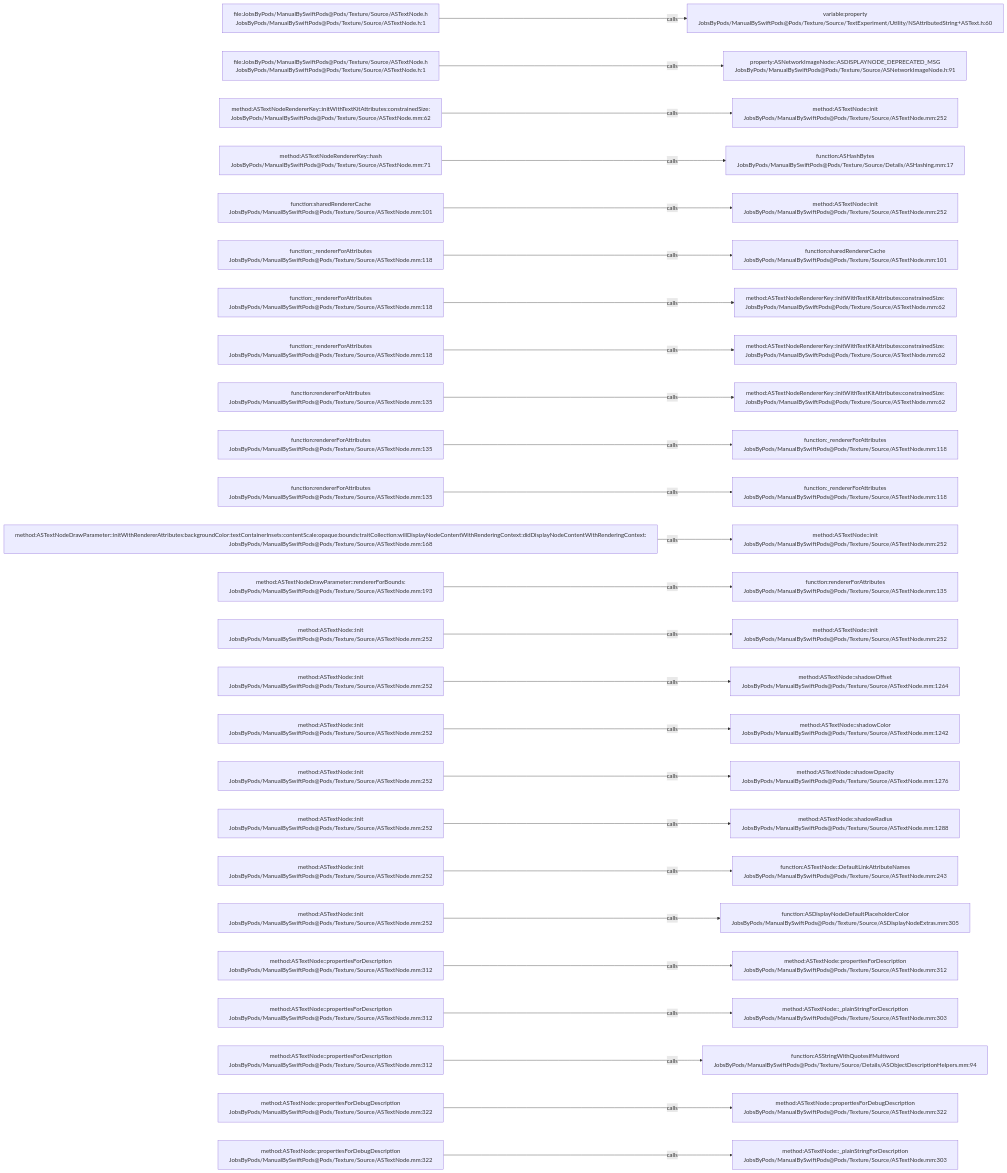
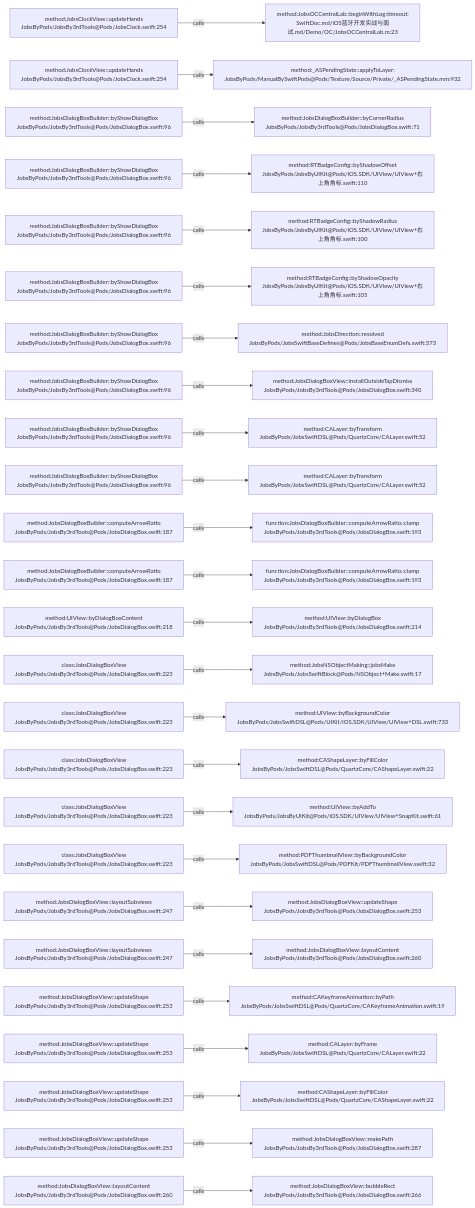
The diagram in .codegraph/codegraph.md/graphs/calls-065.md (JobsKits/JobsSwiftBaseConfigDemo), drawn with Mermaid before and after one commit. The commit also changed 224 other files, not shown here.

````diff
--- a/.codegraph/codegraph.md/graphs/calls-065.md
+++ b/.codegraph/codegraph.md/graphs/calls-065.md
@@ -13,78 +13,78 @@
 ```mermaid
 flowchart LR
-  S1["file:JobsByPods/ManualBySwiftPods@Pods/Texture/Source/ASTextNode.h<br/>JobsByPods/ManualBySwiftPods@Pods/Texture/Source/ASTextNode.h:1"]
-  T1["variable:property<br/>JobsByPods/ManualBySwiftPods@Pods/Texture/Source/TextExperiment/Utility/NSAttributedString+ASText.h:60"]
+  S1["method:JobsClockView::updateHands<br/>JobsByPods/JobsBy3rdTools@Pods/JobsClock.swift:254"]
+  T1["method:JobsOCCentralLab::beginWithLog:timeout:<br/>SwiftDoc.md/iOS蓝牙开发实战与面试.md/Demo/OC/JobsOCCentralLab.m:23"]
   S1 -->|calls| T1
-  S2["file:JobsByPods/ManualBySwiftPods@Pods/Texture/Source/ASTextNode.h<br/>JobsByPods/ManualBySwiftPods@Pods/Texture/Source/ASTextNode.h:1"]
-  T2["property:ASNetworkImageNode::ASDISPLAYNODE_DEPRECATED_MSG<br/>JobsByPods/ManualBySwiftPods@Pods/Texture/Source/ASNetworkImageNode.h:91"]
+  S2["method:JobsClockView::updateHands<br/>JobsByPods/JobsBy3rdTools@Pods/JobsClock.swift:254"]
+  T2["method:_ASPendingState::applyToLayer:<br/>JobsByPods/ManualBySwiftPods@Pods/Texture/Source/Private/_ASPendingState.mm:932"]
   S2 -->|calls| T2
-  S3["method:ASTextNodeRendererKey::initWithTextKitAttributes:constrainedSize:<br/>JobsByPods/ManualBySwiftPods@Pods/Texture/Source/ASTextNode.mm:62"]
-  T3["method:ASTextNode::init<br/>JobsByPods/ManualBySwiftPods@Pods/Texture/Source/ASTextNode.mm:252"]
+  S3["method:JobsDialogBoxBuilder::byShowDialogBox<br/>JobsByPods/JobsBy3rdTools@Pods/JobsDialogBox.swift:96"]
+  T3["method:JobsDialogBoxBuilder::byCornerRadius<br/>JobsByPods/JobsBy3rdTools@Pods/JobsDialogBox.swift:71"]
   S3 -->|calls| T3
-  S4["method:ASTextNodeRendererKey::hash<br/>JobsByPods/ManualBySwiftPods@Pods/Texture/Source/ASTextNode.mm:71"]
-  T4["function:ASHashBytes<br/>JobsByPods/ManualBySwiftPods@Pods/Texture/Source/Details/ASHashing.mm:17"]
+  S4["method:JobsDialogBoxBuilder::byShowDialogBox<br/>JobsByPods/JobsBy3rdTools@Pods/JobsDialogBox.swift:96"]
+  T4["method:RTBadgeConfig::byShadowOffset<br/>JobsByPods/JobsByUIKit@Pods/iOS.SDK/UIView/UIView+右上角角标.swift:110"]
   S4 -->|calls| T4
-  S5["function:sharedRendererCache<br/>JobsByPods/ManualBySwiftPods@Pods/Texture/Source/ASTextNode.mm:101"]
-  T5["method:ASTextNode::init<br/>JobsByPods/ManualBySwiftPods@Pods/Texture/Source/ASTextNode.mm:252"]
+  S5["method:JobsDialogBoxBuilder::byShowDialogBox<br/>JobsByPods/JobsBy3rdTools@Pods/JobsDialogBox.swift:96"]
+  T5["method:RTBadgeConfig::byShadowRadius<br/>JobsByPods/JobsByUIKit@Pods/iOS.SDK/UIView/UIView+右上角角标.swift:100"]
   S5 -->|calls| T5
-  S6["function:_rendererForAttributes<br/>JobsByPods/ManualBySwiftPods@Pods/Texture/Source/ASTextNode.mm:118"]
-  T6["function:sharedRendererCache<br/>JobsByPods/ManualBySwiftPods@Pods/Texture/Source/ASTextNode.mm:101"]
+  S6["method:JobsDialogBoxBuilder::byShowDialogBox<br/>JobsByPods/JobsBy3rdTools@Pods/JobsDialogBox.swift:96"]
+  T6["method:RTBadgeConfig::byShadowOpacity<br/>JobsByPods/JobsByUIKit@Pods/iOS.SDK/UIView/UIView+右上角角标.swift:105"]
   S6 -->|calls| T6
-  S7["function:_rendererForAttributes<br/>JobsByPods/ManualBySwiftPods@Pods/Texture/Source/ASTextNode.mm:118"]
-  T7["method:ASTextNodeRendererKey::initWithTextKitAttributes:constrainedSize:<br/>JobsByPods/ManualBySwiftPods@Pods/Texture/Source/ASTextNode.mm:62"]
+  S7["method:JobsDialogBoxBuilder::byShowDialogBox<br/>JobsByPods/JobsBy3rdTools@Pods/JobsDialogBox.swift:96"]
+  T7["method:JobsDirection::resolved<br/>JobsByPods/JobsSwiftBaseDefines@Pods/JobsBaseEnumDefs.swift:373"]
   S7 -->|calls| T7
-  S8["function:_rendererForAttributes<br/>JobsByPods/ManualBySwiftPods@Pods/Texture/Source/ASTextNode.mm:118"]
-  T8["method:ASTextNodeRendererKey::initWithTextKitAttributes:constrainedSize:<br/>JobsByPods/ManualBySwiftPods@Pods/Texture/Source/ASTextNode.mm:62"]
+  S8["method:JobsDialogBoxBuilder::byShowDialogBox<br/>JobsByPods/JobsBy3rdTools@Pods/JobsDialogBox.swift:96"]
+  T8["method:JobsDialogBoxView::installOutsideTapDismiss<br/>JobsByPods/JobsBy3rdTools@Pods/JobsDialogBox.swift:340"]
   S8 -->|calls| T8
-  S9["function:rendererForAttributes<br/>JobsByPods/ManualBySwiftPods@Pods/Texture/Source/ASTextNode.mm:135"]
-  T9["method:ASTextNodeRendererKey::initWithTextKitAttributes:constrainedSize:<br/>JobsByPods/ManualBySwiftPods@Pods/Texture/Source/ASTextNode.mm:62"]
+  S9["method:JobsDialogBoxBuilder::byShowDialogBox<br/>JobsByPods/JobsBy3rdTools@Pods/JobsDialogBox.swift:96"]
+  T9["method:CALayer::byTransform<br/>JobsByPods/JobsSwiftDSL@Pods/QuartzCore/CALayer.swift:52"]
   S9 -->|calls| T9
-  S10["function:rendererForAttributes<br/>JobsByPods/ManualBySwiftPods@Pods/Texture/Source/ASTextNode.mm:135"]
-  T10["function:_rendererForAttributes<br/>JobsByPods/ManualBySwiftPods@Pods/Texture/Source/ASTextNode.mm:118"]
+  S10["method:JobsDialogBoxBuilder::byShowDialogBox<br/>JobsByPods/JobsBy3rdTools@Pods/JobsDialogBox.swift:96"]
+  T10["method:CALayer::byTransform<br/>JobsByPods/JobsSwiftDSL@Pods/QuartzCore/CALayer.swift:52"]
   S10 -->|calls| T10
-  S11["function:rendererForAttributes<br/>JobsByPods/ManualBySwiftPods@Pods/Texture/Source/ASTextNode.mm:135"]
-  T11["function:_rendererForAttributes<br/>JobsByPods/ManualBySwiftPods@Pods/Texture/Source/ASTextNode.mm:118"]
+  S11["method:JobsDialogBoxBuilder::computeArrowRatio<br/>JobsByPods/JobsBy3rdTools@Pods/JobsDialogBox.swift:187"]
+  T11["function:JobsDialogBoxBuilder::computeArrowRatio::clamp<br/>JobsByPods/JobsBy3rdTools@Pods/JobsDialogBox.swift:193"]
   S11 -->|calls| T11
-  S12["method:ASTextNodeDrawParameter::initWithRendererAttributes:backgroundColor:textContainerInsets:contentScale:opaque:bounds:traitCollection:willDisplayNodeContentWithRenderingContext:didDisplayNodeContentWithRenderingContext:<br/>JobsByPods/ManualBySwiftPods@Pods/Texture/Source/ASTextNode.mm:168"]
-  T12["method:ASTextNode::init<br/>JobsByPods/ManualBySwiftPods@Pods/Texture/Source/ASTextNode.mm:252"]
+  S12["method:JobsDialogBoxBuilder::computeArrowRatio<br/>JobsByPods/JobsBy3rdTools@Pods/JobsDialogBox.swift:187"]
+  T12["function:JobsDialogBoxBuilder::computeArrowRatio::clamp<br/>JobsByPods/JobsBy3rdTools@Pods/JobsDialogBox.swift:193"]
   S12 -->|calls| T12
-  S13["method:ASTextNodeDrawParameter::rendererForBounds:<br/>JobsByPods/ManualBySwiftPods@Pods/Texture/Source/ASTextNode.mm:193"]
-  T13["function:rendererForAttributes<br/>JobsByPods/ManualBySwiftPods@Pods/Texture/Source/ASTextNode.mm:135"]
+  S13["method:UIView::byDialogBoxContent<br/>JobsByPods/JobsBy3rdTools@Pods/JobsDialogBox.swift:218"]
+  T13["method:UIView::byDialogBox<br/>JobsByPods/JobsBy3rdTools@Pods/JobsDialogBox.swift:214"]
   S13 -->|calls| T13
-  S14["method:ASTextNode::init<br/>JobsByPods/ManualBySwiftPods@Pods/Texture/Source/ASTextNode.mm:252"]
-  T14["method:ASTextNode::init<br/>JobsByPods/ManualBySwiftPods@Pods/Texture/Source/ASTextNode.mm:252"]
+  S14["class:JobsDialogBoxView<br/>JobsByPods/JobsBy3rdTools@Pods/JobsDialogBox.swift:223"]
+  T14["method:JobsNSObjectMaking::jobsMake<br/>JobsByPods/JobsSwiftBlock@Pods/NSObject+Make.swift:17"]
   S14 -->|calls| T14
-  S15["method:ASTextNode::init<br/>JobsByPods/ManualBySwiftPods@Pods/Texture/Source/ASTextNode.mm:252"]
-  T15["method:ASTextNode::shadowOffset<br/>JobsByPods/ManualBySwiftPods@Pods/Texture/Source/ASTextNode.mm:1264"]
+  S15["class:JobsDialogBoxView<br/>JobsByPods/JobsBy3rdTools@Pods/JobsDialogBox.swift:223"]
+  T15["method:UIView::byBackgroundColor<br/>JobsByPods/JobsSwiftDSL@Pods/UIKit/iOS.SDK/UIView/UIView+DSL.swift:733"]
   S15 -->|calls| T15
-  S16["method:ASTextNode::init<br/>JobsByPods/ManualBySwiftPods@Pods/Texture/Source/ASTextNode.mm:252"]
-  T16["method:ASTextNode::shadowColor<br/>JobsByPods/ManualBySwiftPods@Pods/Texture/Source/ASTextNode.mm:1242"]
+  S16["class:JobsDialogBoxView<br/>JobsByPods/JobsBy3rdTools@Pods/JobsDialogBox.swift:223"]
+  T16["method:CAShapeLayer::byFillColor<br/>JobsByPods/JobsSwiftDSL@Pods/QuartzCore/CAShapeLayer.swift:22"]
   S16 -->|calls| T16
-  S17["method:ASTextNode::init<br/>JobsByPods/ManualBySwiftPods@Pods/Texture/Source/ASTextNode.mm:252"]
-  T17["method:ASTextNode::shadowOpacity<br/>JobsByPods/ManualBySwiftPods@Pods/Texture/Source/ASTextNode.mm:1276"]
+  S17["class:JobsDialogBoxView<br/>JobsByPods/JobsBy3rdTools@Pods/JobsDialogBox.swift:223"]
+  T17["method:UIView::byAddTo<br/>JobsByPods/JobsByUIKit@Pods/iOS.SDK/UIView/UIView+SnapKit.swift:61"]
   S17 -->|calls| T17
-  S18["method:ASTextNode::init<br/>JobsByPods/ManualBySwiftPods@Pods/Texture/Source/ASTextNode.mm:252"]
-  T18["method:ASTextNode::shadowRadius<br/>JobsByPods/ManualBySwiftPods@Pods/Texture/Source/ASTextNode.mm:1288"]
+  S18["class:JobsDialogBoxView<br/>JobsByPods/JobsBy3rdTools@Pods/JobsDialogBox.swift:223"]
+  T18["method:PDFThumbnailView::byBackgroundColor<br/>JobsByPods/JobsSwiftDSL@Pods/PDFKit/PDFThumbnailView.swift:32"]
   S18 -->|calls| T18
-  S19["method:ASTextNode::init<br/>JobsByPods/ManualBySwiftPods@Pods/Texture/Source/ASTextNode.mm:252"]
-  T19["function:ASTextNode::DefaultLinkAttributeNames<br/>JobsByPods/ManualBySwiftPods@Pods/Texture/Source/ASTextNode.mm:243"]
+  S19["method:JobsDialogBoxView::layoutSubviews<br/>JobsByPods/JobsBy3rdTools@Pods/JobsDialogBox.swift:247"]
+  T19["method:JobsDialogBoxView::updateShape<br/>JobsByPods/JobsBy3rdTools@Pods/JobsDialogBox.swift:253"]
   S19 -->|calls| T19
-  S20["method:ASTextNode::init<br/>JobsByPods/ManualBySwiftPods@Pods/Texture/Source/ASTextNode.mm:252"]
-  T20["function:ASDisplayNodeDefaultPlaceholderColor<br/>JobsByPods/ManualBySwiftPods@Pods/Texture/Source/ASDisplayNodeExtras.mm:305"]
+  S20["method:JobsDialogBoxView::layoutSubviews<br/>JobsByPods/JobsBy3rdTools@Pods/JobsDialogBox.swift:247"]
+  T20["method:JobsDialogBoxView::layoutContent<br/>JobsByPods/JobsBy3rdTools@Pods/JobsDialogBox.swift:260"]
   S20 -->|calls| T20
-  S21["method:ASTextNode::propertiesForDescription<br/>JobsByPods/ManualBySwiftPods@Pods/Texture/Source/ASTextNode.mm:312"]
-  T21["method:ASTextNode::propertiesForDescription<br/>JobsByPods/ManualBySwiftPods@Pods/Texture/Source/ASTextNode.mm:312"]
+  S21["method:JobsDialogBoxView::updateShape<br/>JobsByPods/JobsBy3rdTools@Pods/JobsDialogBox.swift:253"]
+  T21["method:CAKeyframeAnimation::byPath<br/>JobsByPods/JobsSwiftDSL@Pods/QuartzCore/CAKeyframeAnimation.swift:19"]
   S21 -->|calls| T21
-  S22["method:ASTextNode::propertiesForDescription<br/>JobsByPods/ManualBySwiftPods@Pods/Texture/Source/ASTextNode.mm:312"]
-  T22["method:ASTextNode::_plainStringForDescription<br/>JobsByPods/ManualBySwiftPods@Pods/Texture/Source/ASTextNode.mm:303"]
+  S22["method:JobsDialogBoxView::updateShape<br/>JobsByPods/JobsBy3rdTools@Pods/JobsDialogBox.swift:253"]
+  T22["method:CALayer::byFrame<br/>JobsByPods/JobsSwiftDSL@Pods/QuartzCore/CALayer.swift:22"]
   S22 -->|calls| T22
-  S23["method:ASTextNode::propertiesForDescription<br/>JobsByPods/ManualBySwiftPods@Pods/Texture/Source/ASTextNode.mm:312"]
-  T23["function:ASStringWithQuotesIfMultiword<br/>JobsByPods/ManualBySwiftPods@Pods/Texture/Source/Details/ASObjectDescriptionHelpers.mm:94"]
+  S23["method:JobsDialogBoxView::updateShape<br/>JobsByPods/JobsBy3rdTools@Pods/JobsDialogBox.swift:253"]
+  T23["method:CAShapeLayer::byFillColor<br/>JobsByPods/JobsSwiftDSL@Pods/QuartzCore/CAShapeLayer.swift:22"]
   S23 -->|calls| T23
-  S24["method:ASTextNode::propertiesForDebugDescription<br/>JobsByPods/ManualBySwiftPods@Pods/Texture/Source/ASTextNode.mm:322"]
-  T24["method:ASTextNode::propertiesForDebugDescription<br/>JobsByPods/ManualBySwiftPods@Pods/Texture/Source/ASTextNode.mm:322"]
+  S24["method:JobsDialogBoxView::updateShape<br/>JobsByPods/JobsBy3rdTools@Pods/JobsDialogBox.swift:253"]
+  T24["method:JobsDialogBoxView::makePath<br/>JobsByPods/JobsBy3rdTools@Pods/JobsDialogBox.swift:287"]
   S24 -->|calls| T24
-  S25["method:ASTextNode::propertiesForDebugDescription<br/>JobsByPods/ManualBySwiftPods@Pods/Texture/Source/ASTextNode.mm:322"]
-  T25["method:ASTextNode::_plainStringForDescription<br/>JobsByPods/ManualBySwiftPods@Pods/Texture/Source/ASTextNode.mm:303"]
+  S25["method:JobsDialogBoxView::layoutContent<br/>JobsByPods/JobsBy3rdTools@Pods/JobsDialogBox.swift:260"]
+  T25["method:JobsDialogBoxView::bubbleRect<br/>JobsByPods/JobsBy3rdTools@Pods/JobsDialogBox.swift:266"]
   S25 -->|calls| T25
 ```
````
